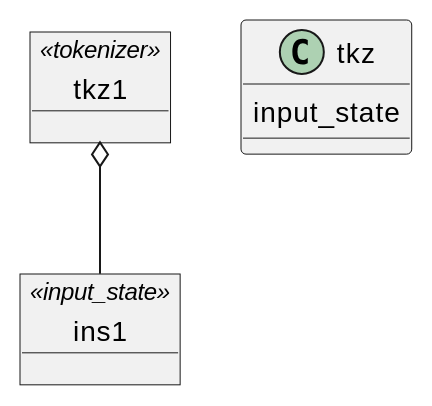
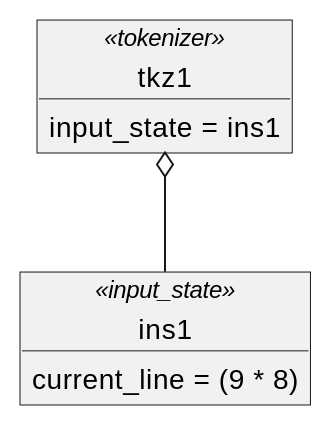
The diagram in xo-tokenizer/docs/tokenizer-class.rst (Rconybea/xo-umbrella2), drawn with PlantUML before and after one commit. The commit also changed other lines of this file and 10 other files, not shown here.

```diff
--- a/xo-tokenizer/docs/tokenizer-class.rst
+++ b/xo-tokenizer/docs/tokenizer-class.rst
@@ -31,12 +31,13 @@
 .. uml::
     :scale: 99%
     :align: center
 
     allowmixing
 
     object tkz1<<tokenizer>>
-    tkz : input_state
+    tkz1 : input_state = ins1
 
     object ins1<<input_state>>
+    ins1 : current_line = (9 * 8)
 
     tkz1 o-- ins1
```
